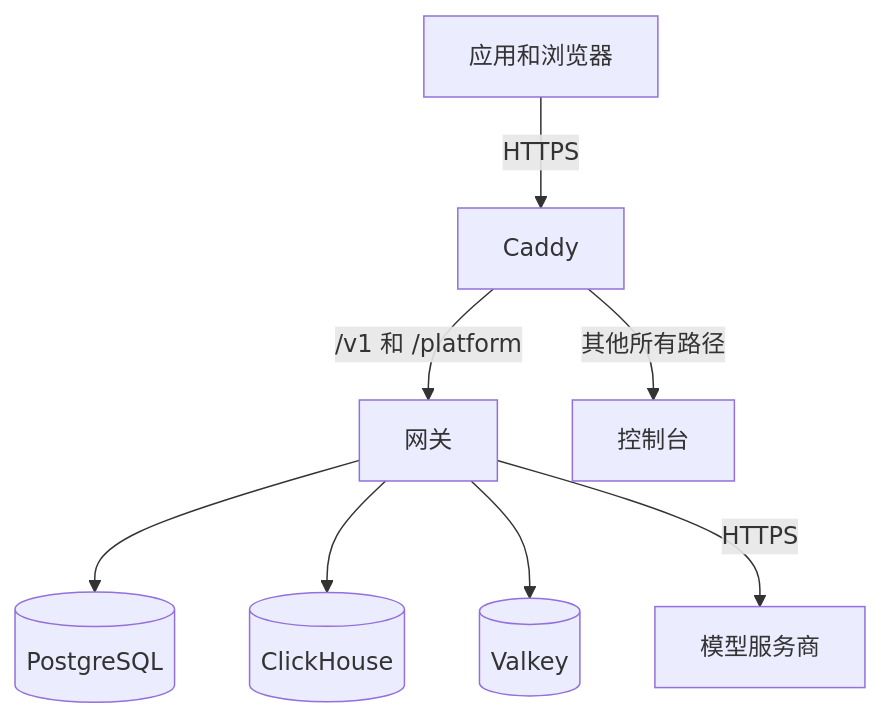
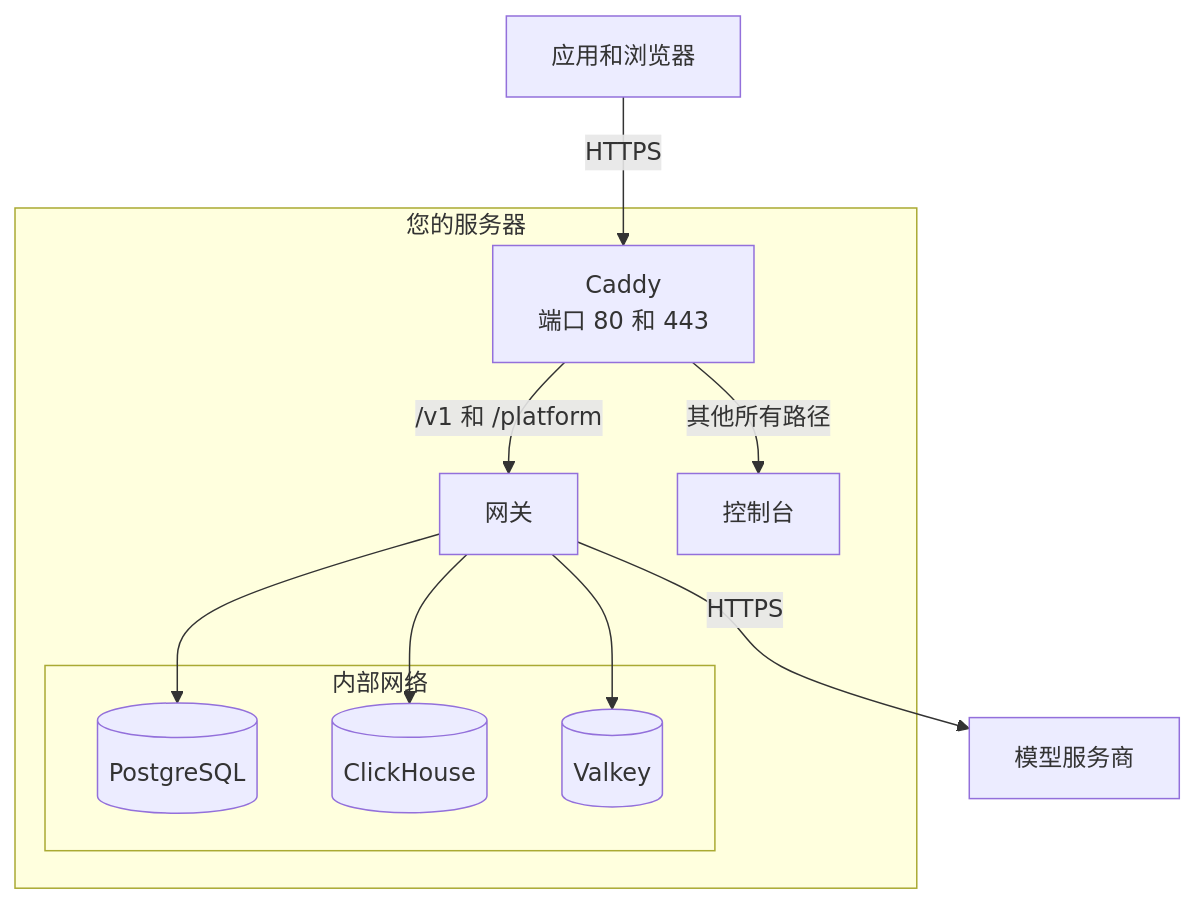
The diagram in apps/docs/content/zh-CN/self-hosting/how-it-works.md (logicplanes/kaeso), drawn with Mermaid before and after one commit. The commit also changed 23 other files, not shown here.

````diff
--- a/apps/docs/content/zh-CN/self-hosting/how-it-works.md
+++ b/apps/docs/content/zh-CN/self-hosting/how-it-works.md
@@ -10,12 +10,22 @@
 ```mermaid
 flowchart TD
   accTitle: Kaeso 实例中的服务
-  accDescr: Caddy 接收 HTTPS 请求，把 API 请求转给网关，其余请求转给控制台。只有网关能访问 PostgreSQL、ClickHouse 和 Valkey，并由网关调用服务商。
-  clients[应用和浏览器] -->|HTTPS| caddy[Caddy]
-  caddy -->|/v1 和 /platform| gateway[网关]
-  caddy -->|其他所有路径| console[控制台]
-  gateway --> postgres[(PostgreSQL)]
-  gateway --> clickhouse[(ClickHouse)]
-  gateway --> valkey[(Valkey)]
-  gateway -->|HTTPS| providers[模型服务商]
+  accDescr: 应用和浏览器只能经由 Caddy 的 80 和 443 端口访问实例。Caddy 把 /v1 和 /platform 转给网关，把其他所有路径转给控制台。PostgreSQL、ClickHouse 和 Valkey 位于只有网关能访问的内部网络中，网关通过 HTTPS 调用模型服务商。
+  clients[应用和浏览器]:::outside
+  subgraph server [您的服务器]
+    caddy[Caddy<br>端口 80 和 443]
+    gateway[网关]:::accent
+    console[控制台]
+    subgraph data [内部网络]
+      postgres[(PostgreSQL)]
+      clickhouse[(ClickHouse)]
+      valkey[(Valkey)]
+    end
+  end
+  providers[模型服务商]:::outside
+  clients -- HTTPS --> caddy
+  caddy -- /v1 和 /platform --> gateway
+  caddy -- 其他所有路径 --> console
+  gateway --> postgres & clickhouse & valkey
+  gateway -- HTTPS --> providers
 ```
````
